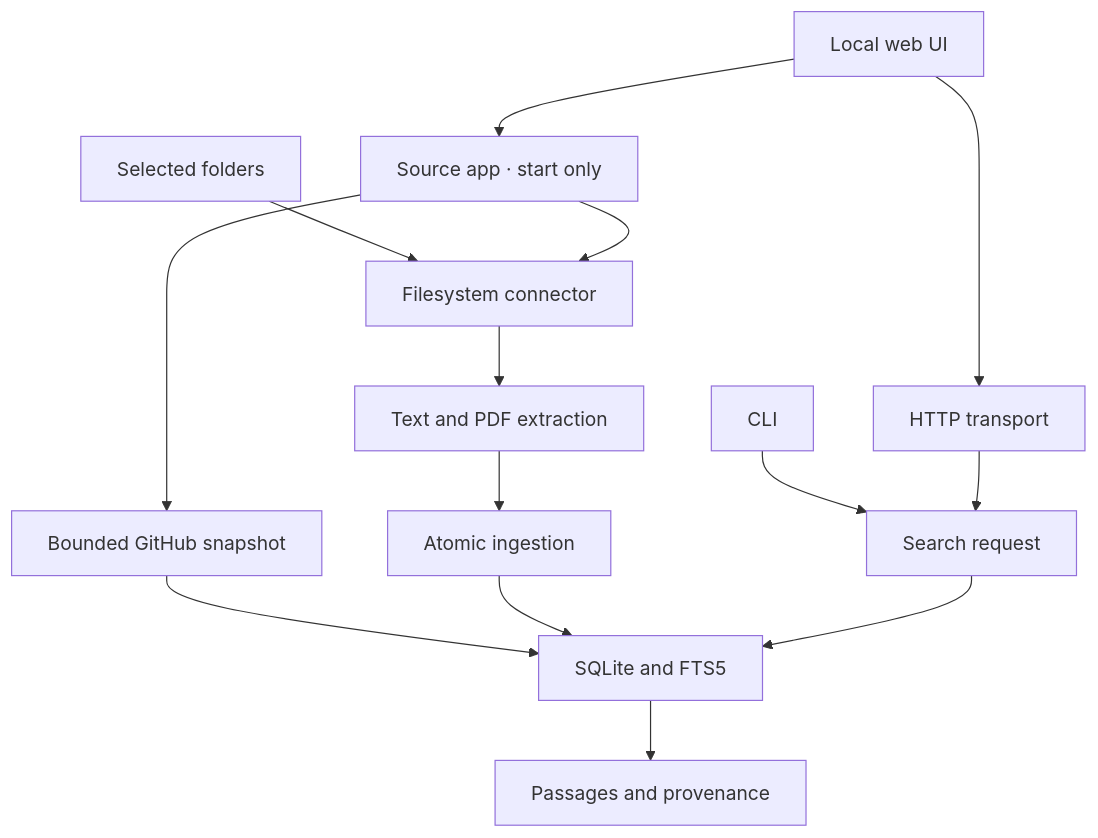
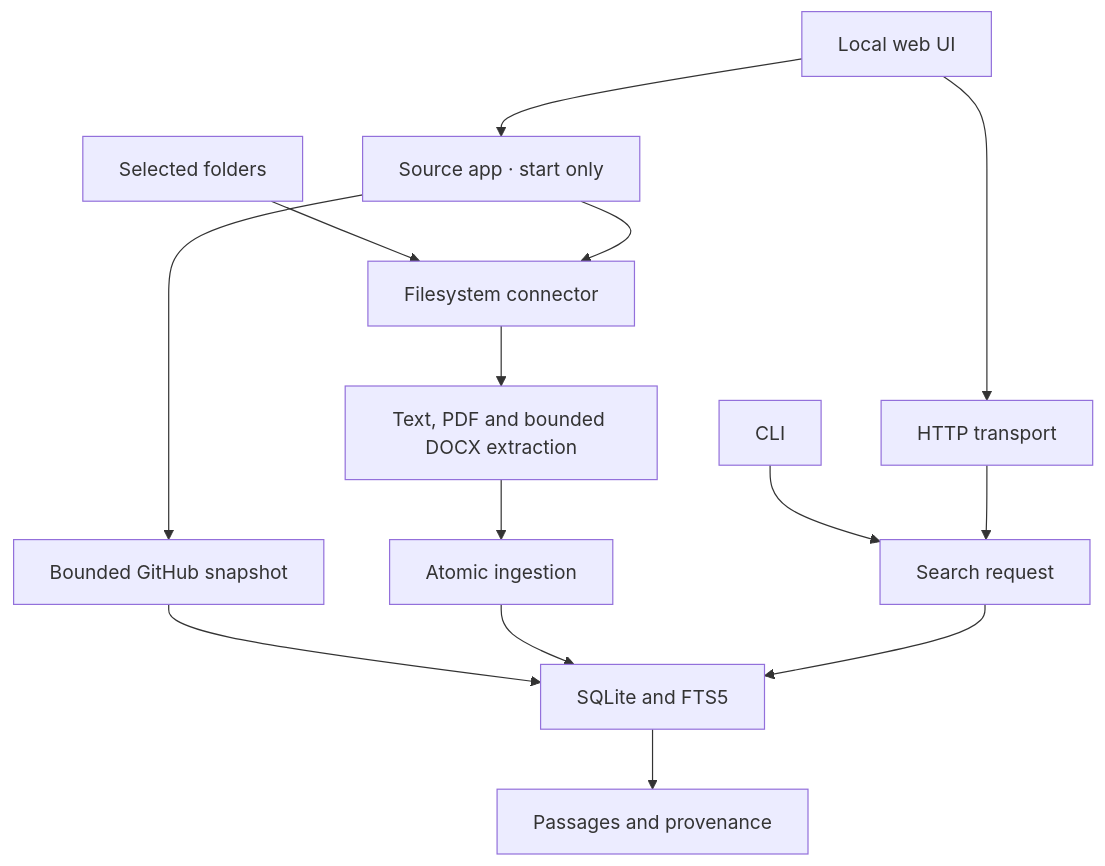
Before and after one commit to Lephiziel/findrail: the diagram in docs/architecture.md, drawn with Mermaid. The commit also changed other lines of this file and 12 other files, not shown here.

````diff
--- a/docs/architecture.md
+++ b/docs/architecture.md
@@ -9,16 +9,16 @@
 ```mermaid
 flowchart TD
   F["Selected folders"] --> C["Filesystem connector"]
   UI["Local web UI"] --> APP["Source app · start only"]
   APP --> C
   APP --> GH["Bounded GitHub snapshot"]
   GH --> D["SQLite and FTS5"]
-  C --> E["Text and PDF extraction"]
+  C --> E["Text, PDF and bounded DOCX extraction"]
   E --> I["Atomic ingestion"]
   I --> D["SQLite and FTS5"]
   CLI["CLI"] --> Q["Search request"]
   UI["Local web UI"] --> H["HTTP transport"]
   H --> Q
   Q --> D
   D --> R["Passages and provenance"]
 ```
````
